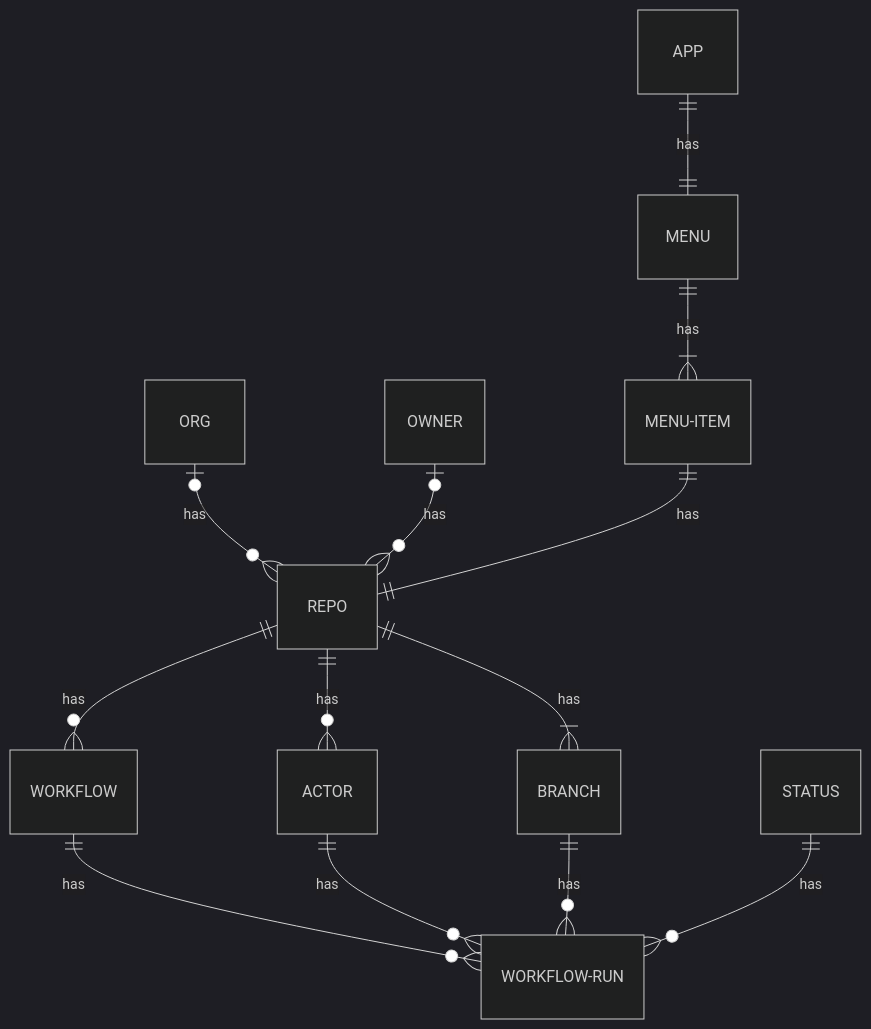
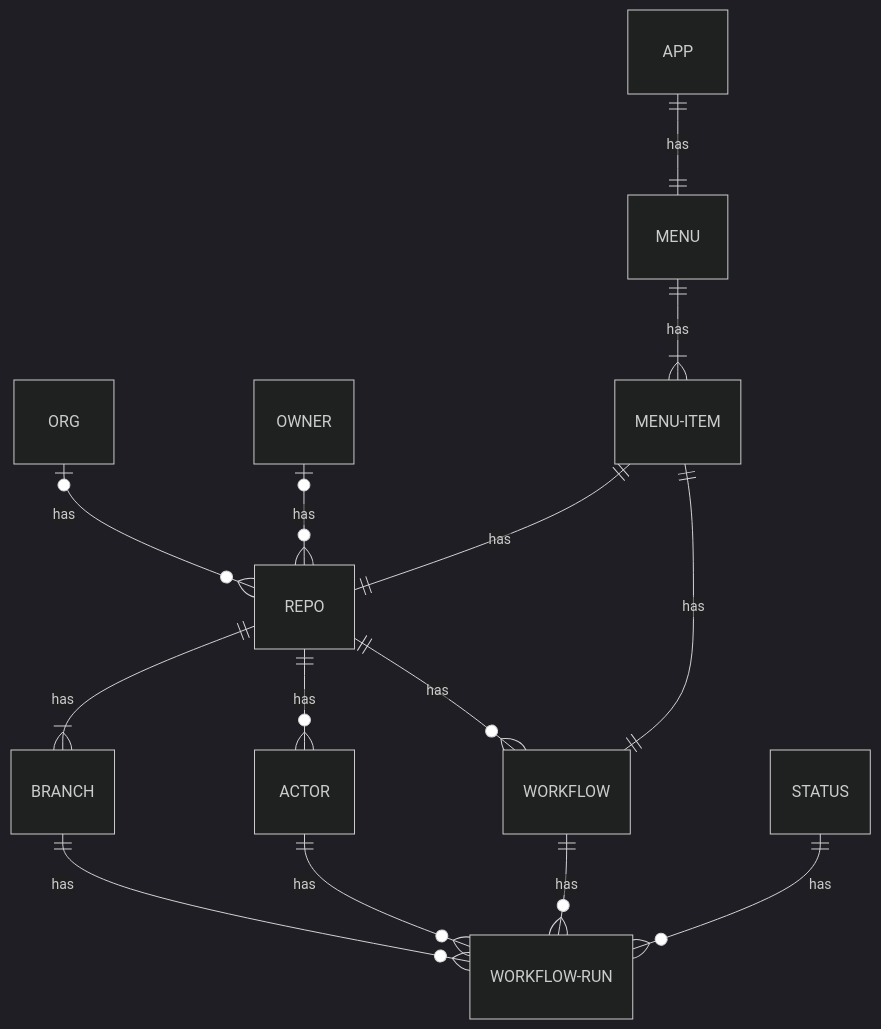
One commit to brunns/github-actions-status-mac-menu-bar-spike changed the diagram in TODO.md. Above: the diagram before and after it, drawn with Mermaid (dark theme). The commit also changed 2 other files, not shown here.

Commit message:
Clarify README.

````diff
--- a/TODO.md
+++ b/TODO.md
@@ -22,16 +22,17 @@
 ```mermaid
 erDiagram
     ORG |o--o{ REPO : has
     OWNER |o--o{ REPO : has
     REPO ||--|{ BRANCH : has
     REPO ||--o{ ACTOR : has
     REPO ||--o{ WORKFLOW : has
     WORKFLOW ||--o{ WORKFLOW-RUN : has
     ACTOR ||--o{ WORKFLOW-RUN : has
     BRANCH ||--o{ WORKFLOW-RUN : has
     STATUS ||--o{ WORKFLOW-RUN : has
     
     APP ||--|| MENU : has
     MENU ||--|{ MENU-ITEM : has
     MENU-ITEM ||--|| REPO : has
+    MENU-ITEM ||--|| WORKFLOW : has
 ```
````
